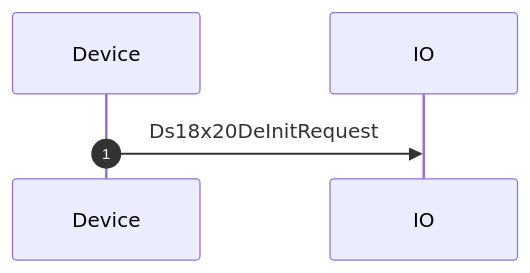
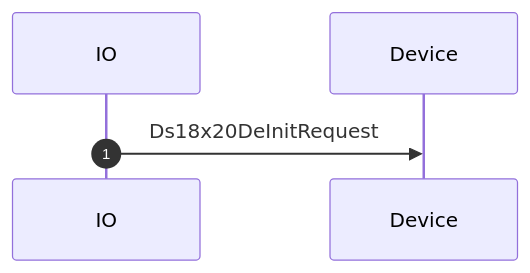
The second of 3 diagrams in proto/wippersnapper/ds18x20/v1/ds18x20.md (adafruit/Wippersnapper_Protobuf), drawn with Mermaid before and after one commit. The commit also changed 1 other file, not shown here.

Commit message:
address feedback

````diff
--- a/proto/wippersnapper/ds18x20/v1/ds18x20.md
+++ b/proto/wippersnapper/ds18x20/v1/ds18x20.md
@@ -37,8 +37,8 @@
 ```mermaid
 
 sequenceDiagram
 
 autonumber
 
-Device->>IO: Ds18x20DeInitRequest
+IO->>Device: Ds18x20DeInitRequest
 ```
````
